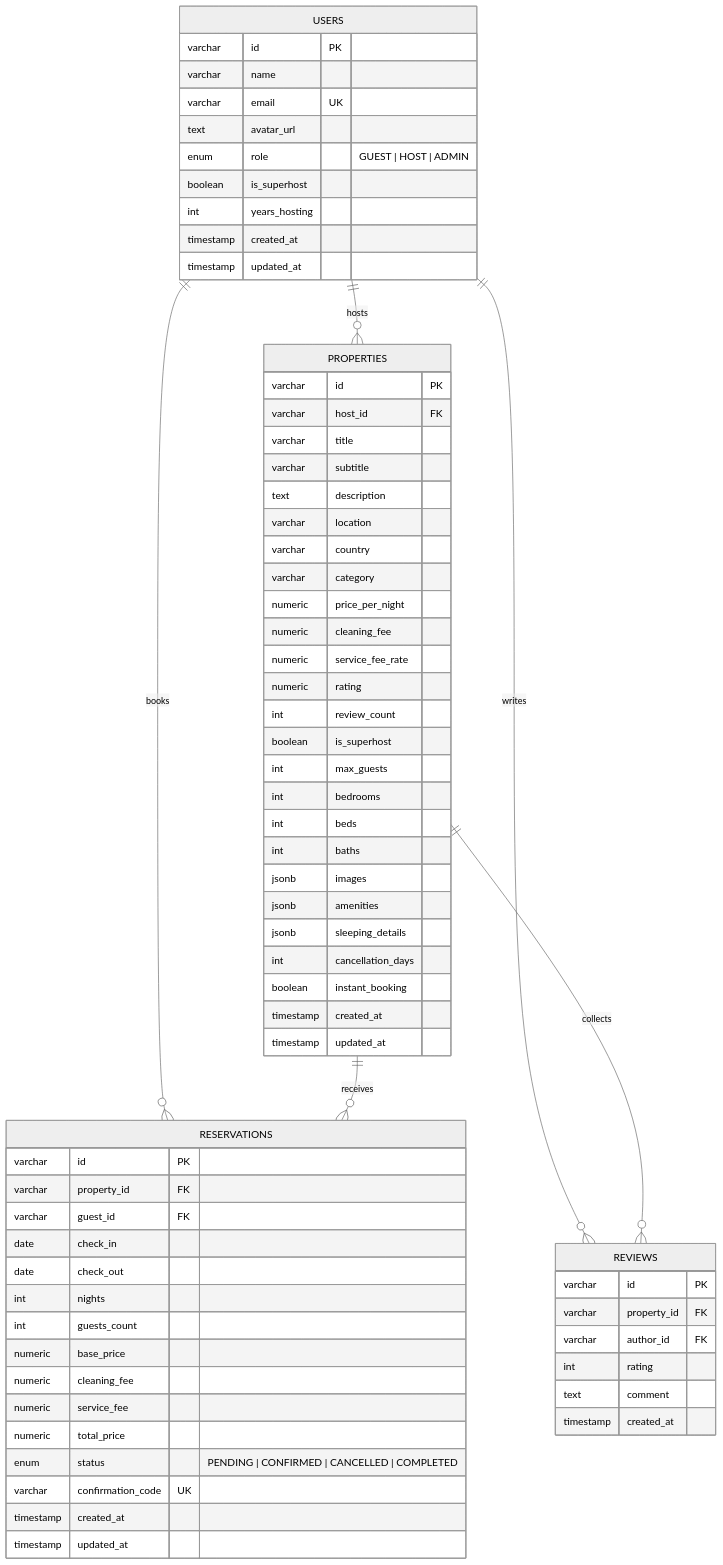
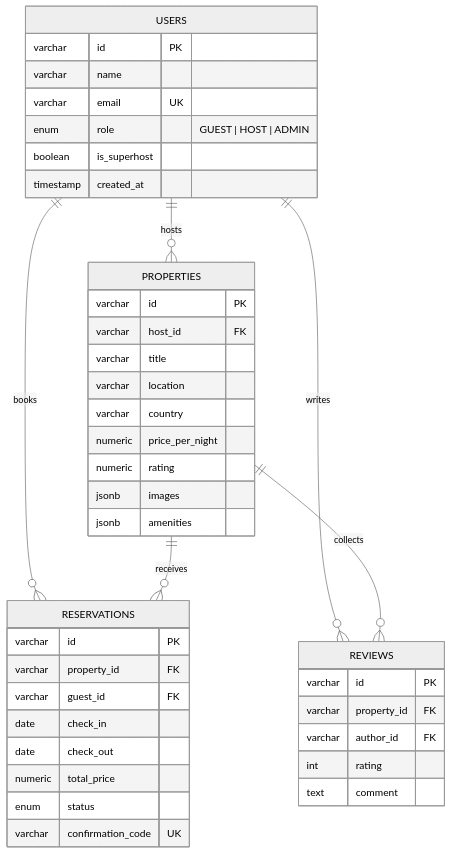
One commit to alxnrocha/booking-platform changed the diagram in README.md. Above: the diagram before and after it, drawn with Mermaid (neutral theme). The commit also changed other lines of this file, not shown here.

````diff
--- a/README.md
+++ b/README.md
@@ -154,75 +25,45 @@
 ```mermaid
 erDiagram
     USERS ||--o{ PROPERTIES : "hosts"
     USERS ||--o{ RESERVATIONS : "books"
     USERS ||--o{ REVIEWS : "writes"
     PROPERTIES ||--o{ RESERVATIONS : "receives"
     PROPERTIES ||--o{ REVIEWS : "collects"
 
     USERS {
         varchar id PK
         varchar name
         varchar email UK
-        text avatar_url
         enum role "GUEST | HOST | ADMIN"
         boolean is_superhost
-        int years_hosting
         timestamp created_at
-        timestamp updated_at
     }
-
     PROPERTIES {
         varchar id PK
         varchar host_id FK
         varchar title
-        varchar subtitle
-        text description
         varchar location
         varchar country
-        varchar category
         numeric price_per_night
-        numeric cleaning_fee
-        numeric service_fee_rate
         numeric rating
-        int review_count
-        boolean is_superhost
-        int max_guests
-        int bedrooms
-        int beds
-        int baths
         jsonb images
         jsonb amenities
-        jsonb sleeping_details
-        int cancellation_days
-        boolean instant_booking
-        timestamp created_at
-        timestamp updated_at
     }
-
     RESERVATIONS {
         varchar id PK
         varchar property_id FK
         varchar guest_id FK
         date check_in
         date check_out
-        int nights
-        int guests_count
-        numeric base_price
-        numeric cleaning_fee
-        numeric service_fee
         numeric total_price
-        enum status "PENDING | CONFIRMED | CANCELLED | COMPLETED"
+        enum status
         varchar confirmation_code UK
-        timestamp created_at
-        timestamp updated_at
     }
-
     REVIEWS {
         varchar id PK
         varchar property_id FK
         varchar author_id FK
         int rating
         text comment
-        timestamp created_at
     }
 ```
````
